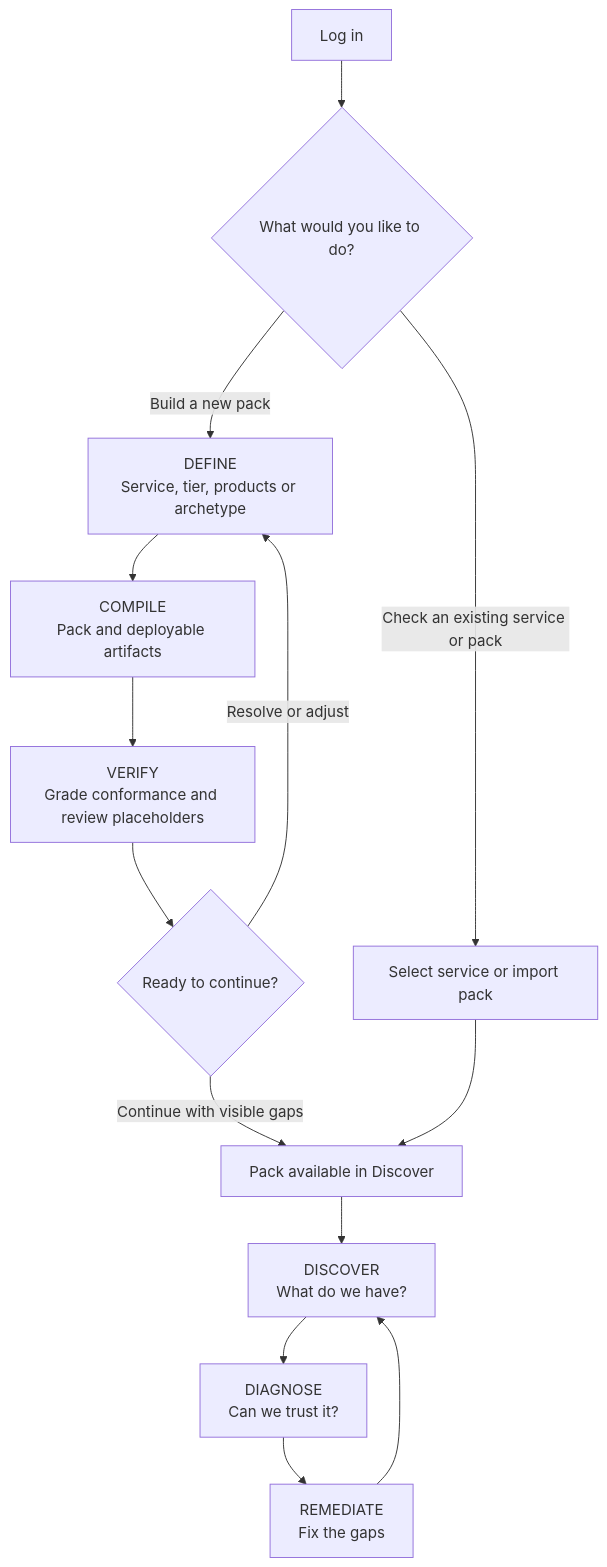
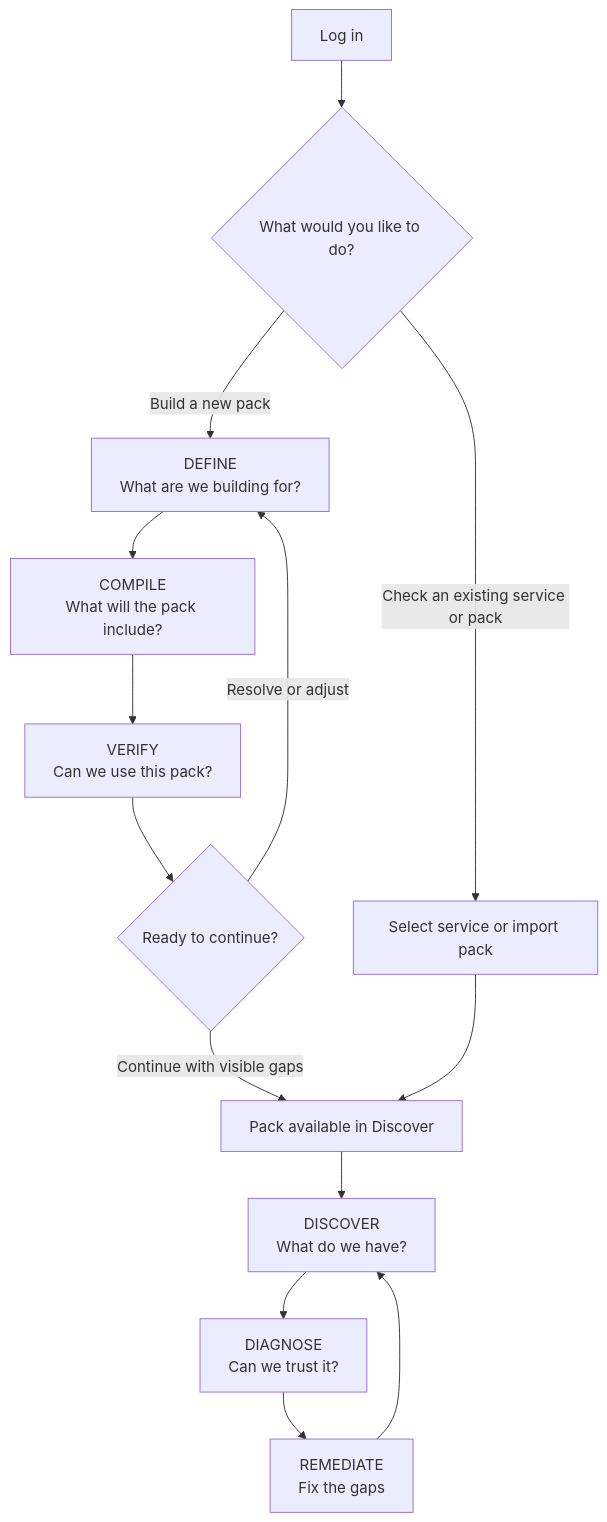
The diagram in docs/BUILD_JOURNEY.md (MoebiusX/Observogram), drawn with Mermaid before and after one commit. The commit also changed other lines of this file and 3 other files, not shown here.

First line of the commit message:
fix(studio): the step copy reaches the journey diagram and is pinned by tests

````diff
--- a/docs/BUILD_JOURNEY.md
+++ b/docs/BUILD_JOURNEY.md
@@ -25,16 +25,16 @@
 ```mermaid
 flowchart TD
     A["Log in"] --> B{"What would you like to do?"}
     B -->|"Check an existing service or pack"| C["Select service or import pack"]
-    B -->|"Build a new pack"| D["DEFINE<br/>Service, tier, products or archetype"]
-    D --> E["COMPILE<br/>Pack and deployable artifacts"]
-    E --> F["VERIFY<br/>Grade conformance and review placeholders"]
+    B -->|"Build a new pack"| D["DEFINE<br/>What are we building for?"]
+    D --> E["COMPILE<br/>What will the pack include?"]
+    E --> F["VERIFY<br/>Can we use this pack?"]
     F --> G{"Ready to continue?"}
     G -->|"Resolve or adjust"| D
     G -->|"Continue with visible gaps"| H["Pack available in Discover"]
     C --> H
     H --> I["DISCOVER<br/>What do we have?"]
     I --> J["DIAGNOSE<br/>Can we trust it?"]
     J --> K["REMEDIATE<br/>Fix the gaps"]
     K --> I
 ```
````
